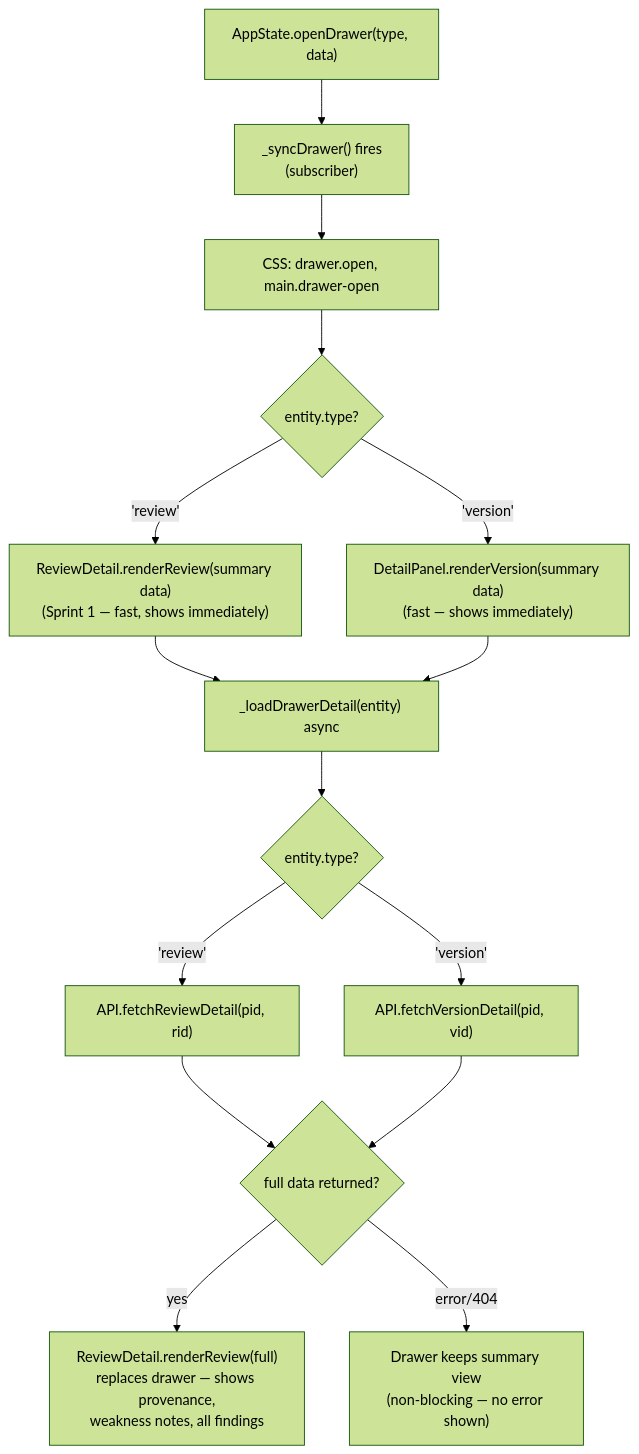
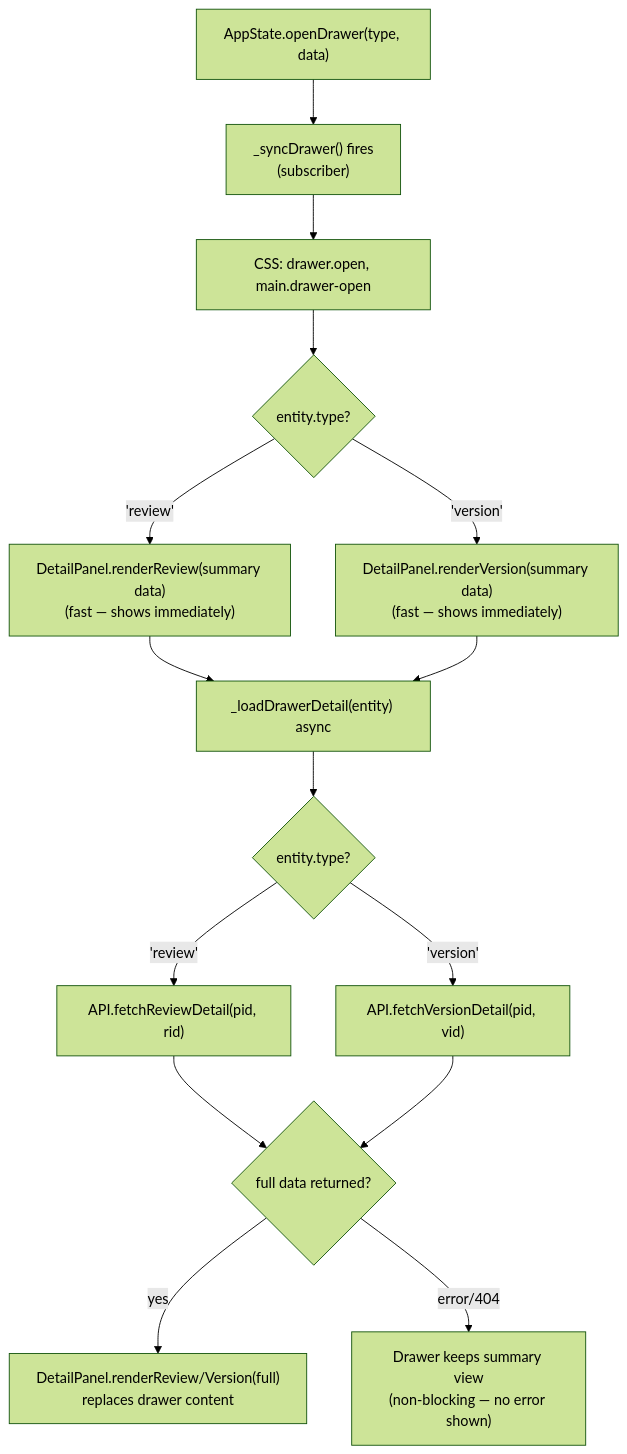
One commit to LoneWolfDen/Project_Delivery_Accelerator_Engine changed the sixth of 7 diagrams in docs/architecture/logic_flow.md. Above: the diagram before and after it, drawn with Mermaid (forest theme). The commit also changed other lines of this file and 33 other files, not shown here.

````diff
--- a/docs/architecture/logic_flow.md
+++ b/docs/architecture/logic_flow.md
@@ -129,17 +123,17 @@
 ```mermaid
 flowchart TD
     A["AppState.openDrawer(type, data)"] --> B["_syncDrawer() fires<br/>(subscriber)"]
     B --> C["CSS: drawer.open, main.drawer-open"]
     C --> D{"entity.type?"}
-    D -->|'review'| E["ReviewDetail.renderReview(summary data)<br/>(Sprint 1 — fast, shows immediately)"]
+    D -->|'review'| E["DetailPanel.renderReview(summary data)<br/>(fast — shows immediately)"]
     D -->|'version'| F["DetailPanel.renderVersion(summary data)<br/>(fast — shows immediately)"]
     E --> G["_loadDrawerDetail(entity) async"]
     F --> G
     G --> H{"entity.type?"}
     H -->|'review'| I["API.fetchReviewDetail(pid, rid)"]
     H -->|'version'| J["API.fetchVersionDetail(pid, vid)"]
     I --> K{"full data returned?"}
     J --> K
-    K -->|yes| L["ReviewDetail.renderReview(full)<br/>replaces drawer — shows provenance,<br/>weakness notes, all findings"]
+    K -->|yes| L["DetailPanel.renderReview/Version(full)<br/>replaces drawer content"]
     K -->|error/404| M["Drawer keeps summary view<br/>(non-blocking — no error shown)"]
 ```
````
